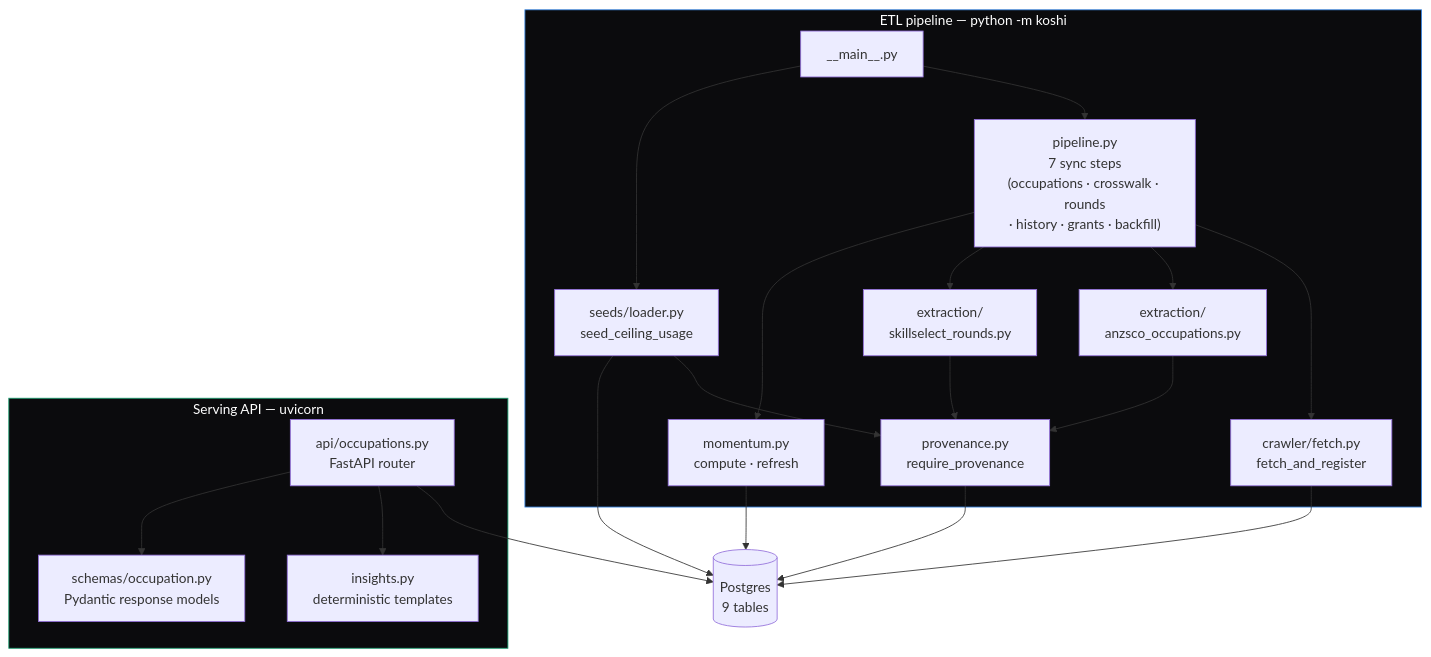
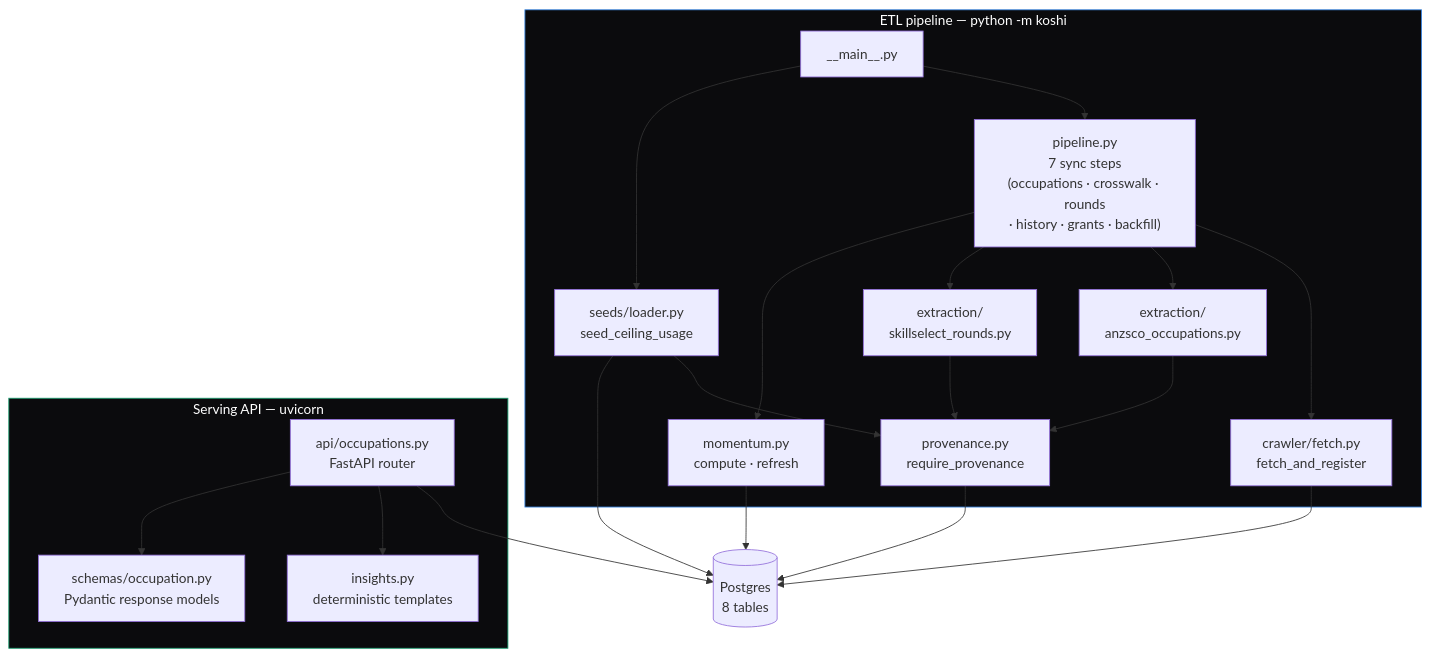
The second of 4 diagrams in docs/ARCHITECTURE.md (judasprabin/koshi), drawn with Mermaid before and after one commit. The commit also changed other lines of this file and 6 other files, not shown here.

````diff
--- a/docs/ARCHITECTURE.md
+++ b/docs/ARCHITECTURE.md
@@ -82,42 +82,42 @@
 ```mermaid
 graph TB
     subgraph ingestion ["ETL pipeline — python -m koshi"]
         main_entry["__main__.py"]
         pipeline["pipeline.py<br/>7 sync steps<br/>(occupations · crosswalk · rounds<br/>· history · grants · backfill)"]
         fetch["crawler/fetch.py<br/>fetch_and_register"]
         anzsco_p["extraction/<br/>anzsco_occupations.py"]
         rounds_p["extraction/<br/>skillselect_rounds.py"]
         seeds["seeds/loader.py<br/>seed_ceiling_usage"]
         momentum["momentum.py<br/>compute · refresh"]
         prov["provenance.py<br/>require_provenance"]
     end
 
     subgraph serving ["Serving API — uvicorn"]
         api["api/occupations.py<br/>FastAPI router"]
         insights["insights.py<br/>deterministic templates"]
         schemas["schemas/occupation.py<br/>Pydantic response models"]
     end
 
-    db[("Postgres<br/>9 tables")]
+    db[("Postgres<br/>8 tables")]
 
     main_entry --> pipeline
     pipeline --> fetch
     fetch --> db
     pipeline --> anzsco_p
     pipeline --> rounds_p
     anzsco_p --> prov
     rounds_p --> prov
     seeds --> prov
     prov --> db
     pipeline --> momentum
     momentum --> db
     main_entry --> seeds
     seeds --> db
 
     api --> db
     api --> insights
     api --> schemas
 
     style ingestion fill:#0b0b0d,color:#fff,stroke:#3987e5
     style serving fill:#0b0b0d,color:#fff,stroke:#199e70
 ```
````
